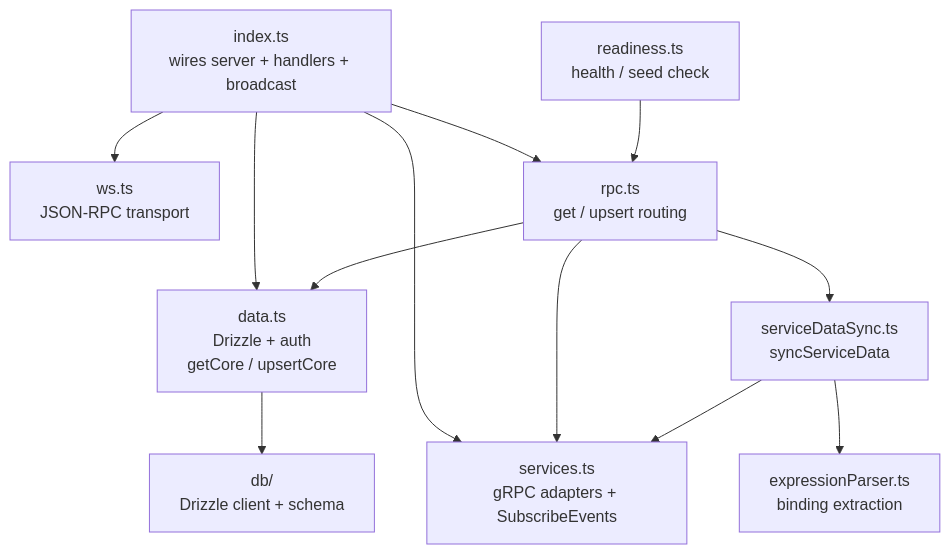
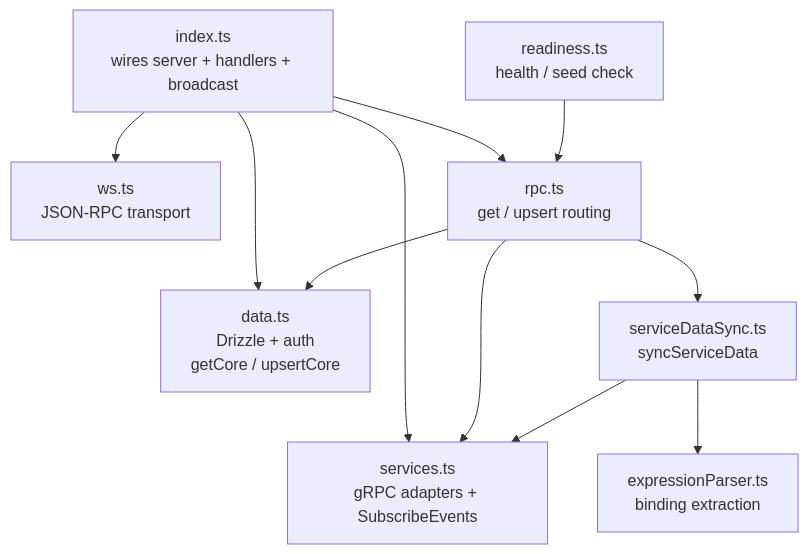
One commit to EVY-Platform/evy changed the third of 3 diagrams in api/README.md. Above: the diagram before and after it, drawn with Mermaid. The commit also changed other lines of this file and 7 other files, not shown here.

````diff
--- a/api/README.md
+++ b/api/README.md
@@ -96,24 +96,22 @@
 ```mermaid
 flowchart TD
     index[index.ts<br/>wires server + handlers + broadcast]
     ws[ws.ts<br/>JSON-RPC transport]
     rpc[rpc.ts<br/>get / upsert routing]
     data[data.ts<br/>Drizzle + auth<br/>getCore / upsertCore]
     services[services.ts<br/>gRPC adapters + SubscribeEvents]
     serviceDataSync[serviceDataSync.ts<br/>syncServiceData]
     expressionParser[expressionParser.ts<br/>binding extraction]
     readiness[readiness.ts<br/>health / seed check]
-    db[db/<br/>Drizzle client + schema]
 
     index --> ws
     index --> rpc
     index --> data
     index --> services
     rpc --> data
     rpc --> services
     rpc --> serviceDataSync
     serviceDataSync --> services
     serviceDataSync --> expressionParser
-    data --> db
     readiness --> rpc
 ```
````
